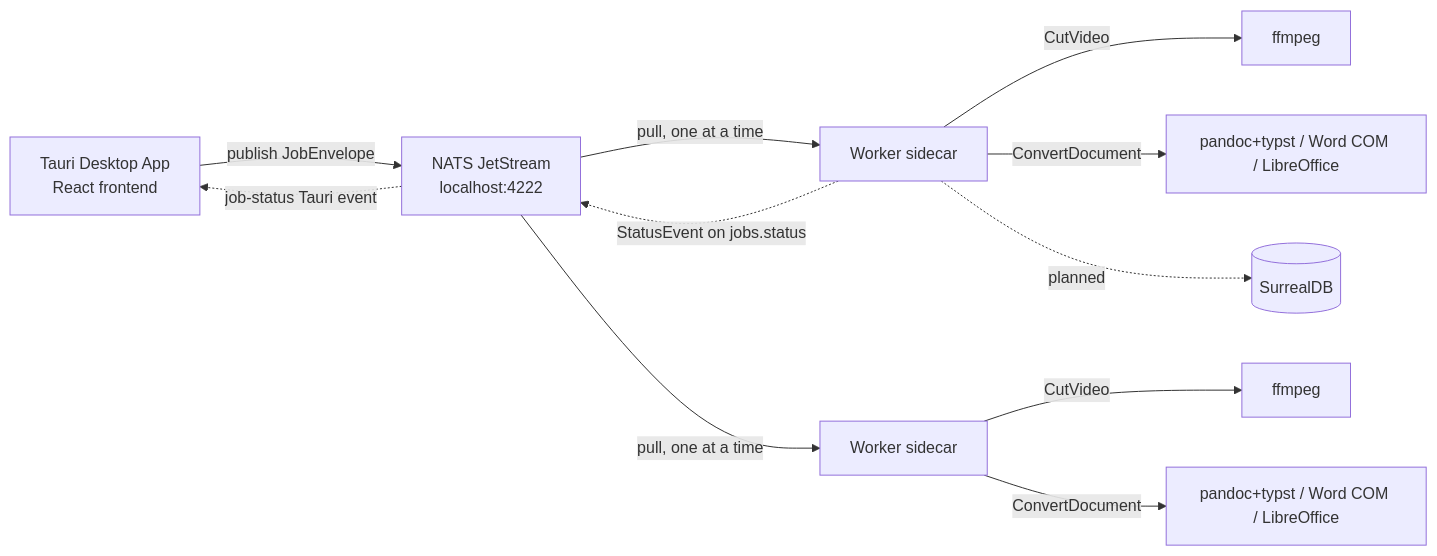
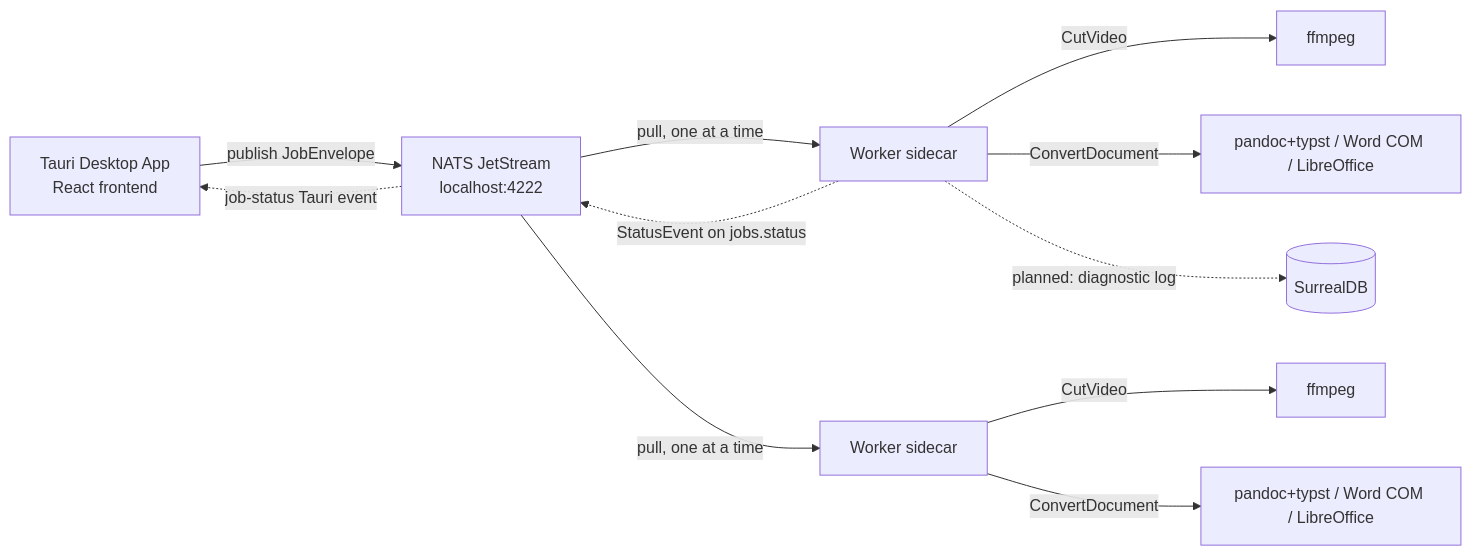
One commit to maximka76667/swiss-kyle changed the diagram in wiki/architecture/system-overview.md. Above: the diagram before and after it, drawn with Mermaid. The commit also changed other lines of this file and 23 other files, not shown here.

````diff
--- a/wiki/architecture/system-overview.md
+++ b/wiki/architecture/system-overview.md
@@ -20,13 +20,13 @@
 ```mermaid
 flowchart LR
     UI[Tauri Desktop App\nReact frontend] -->|publish JobEnvelope| NATS[NATS JetStream\nlocalhost:4222]
     NATS -->|pull, one at a time| W1[Worker sidecar]
     NATS -->|pull, one at a time| W2[Worker sidecar]
     W1 -->|CutVideo| FF[ffmpeg]
     W1 -->|ConvertDocument| DC[pandoc+typst / Word COM / LibreOffice]
     W2 -->|CutVideo| FF2[ffmpeg]
     W2 -->|ConvertDocument| DC2[pandoc+typst / Word COM / LibreOffice]
     W1 -.->|StatusEvent on jobs.status| NATS
     NATS -.->|job-status Tauri event| UI
-    W1 -.->|planned| DB[(SurrealDB)]
+    W1 -.->|planned: diagnostic log| DB[(SurrealDB)]
 ```
````
